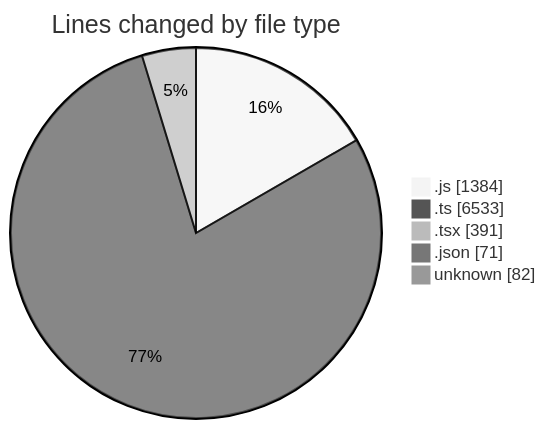
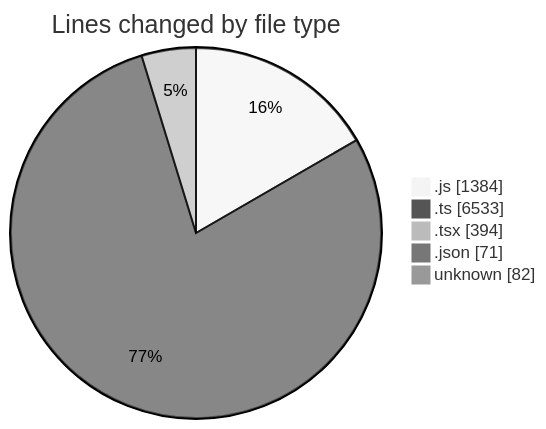
Before and after one commit to momahboobian/code-tracking: the first of 2 diagrams in 2026-02-04/cda/README.md, drawn with Mermaid (neutral theme). The commit also changed other lines of this file and 1 other file, not shown here.

````diff
--- a/2026-02-04/cda/README.md
+++ b/2026-02-04/cda/README.md
@@ -33,9 +33,9 @@
 ```mermaid
 pie showData
 title Lines changed by file type
 ".js" : 1384
 ".ts" : 6533
-".tsx" : 391
+".tsx" : 394
 ".json" : 71
 "unknown" : 82
 ```
````
